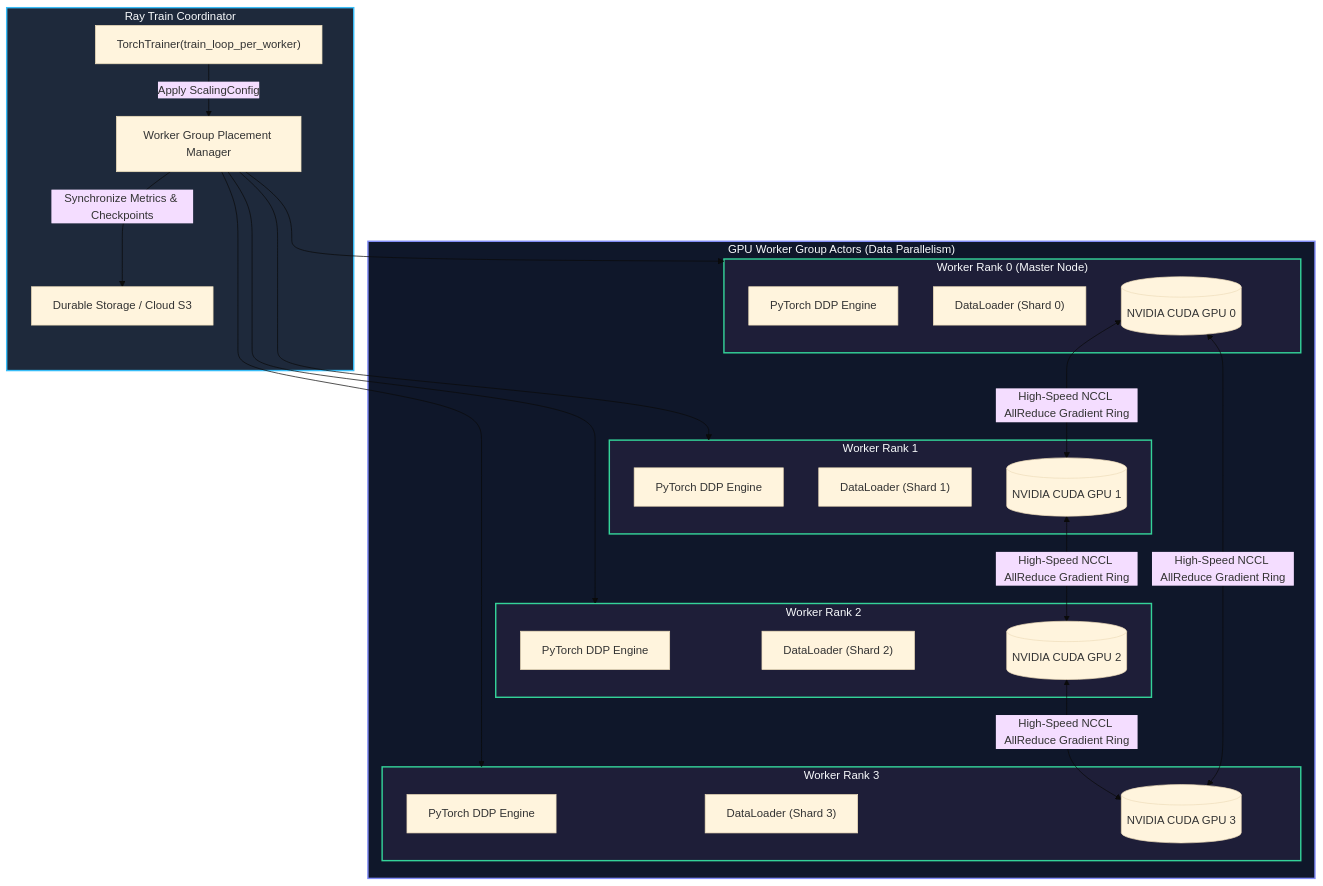
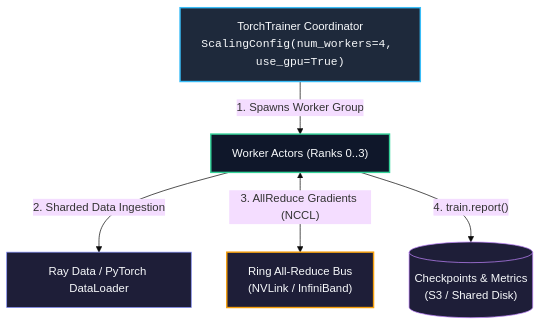
Before and after one commit to dnf0/raylings: the diagram in docs/guides/10-ray-train.md, drawn with Mermaid (base theme). The commit also changed other lines of this file and 22 other files, not shown here.

Commit message:
docs: streamline mermaid diagrams and attach conceptual walkthroughs (#26)

````diff
--- a/docs/guides/10-ray-train.md
+++ b/docs/guides/10-ray-train.md
@@ -17,50 +17,13 @@
 ```mermaid
 flowchart TD
-    subgraph ControlPlane["Ray Train Coordinator"]
-        TT["TorchTrainer(train_loop_per_worker)"] -->|"Apply ScalingConfig"| WG["Worker Group Placement Manager"]
-        WG -->|"Synchronize Metrics & Checkpoints"| Storage["Durable Storage / Cloud S3"]
-    end
+    TT["TorchTrainer Coordinator<br/><code>ScalingConfig(num_workers=4, use_gpu=True)</code>"] -->|"1. Spawns Worker Group"| WG["Worker Actors (Ranks 0..3)"]
+    WG -->|"2. Sharded Data Ingestion"| Data["Ray Data / PyTorch DataLoader"]
+    WG <-->|"3. AllReduce Gradients (NCCL)"| Ring["Ring All-Reduce Bus<br/>(NVLink / InfiniBand)"]
+    WG -->|"4. train.report()"| Storage[("Checkpoints & Metrics<br/>(S3 / Shared Disk)")]
 
-    subgraph GPUWorkerCluster["GPU Worker Group Actors (Data Parallelism)"]
-        subgraph Rank0["Worker Rank 0 (Master Node)"]
-            M0["PyTorch DDP Engine"]
-            D0["DataLoader (Shard 0)"]
-            GPU_0[("NVIDIA CUDA GPU 0")]
-        end
-
-        subgraph Rank1["Worker Rank 1"]
-            M1["PyTorch DDP Engine"]
-            D1["DataLoader (Shard 1)"]
-            GPU_1[("NVIDIA CUDA GPU 1")]
-        end
-
-        subgraph Rank2["Worker Rank 2"]
-            M2["PyTorch DDP Engine"]
-            D2["DataLoader (Shard 2)"]
-            GPU_2[("NVIDIA CUDA GPU 2")]
-        end
-
-        subgraph Rank3["Worker Rank 3"]
-            M3["PyTorch DDP Engine"]
-            D3["DataLoader (Shard 3)"]
-            GPU_3[("NVIDIA CUDA GPU 3")]
-        end
-
-        WG --> Rank0
-        WG --> Rank1
-        WG --> Rank2
-        WG --> Rank3
-
-        GPU_0 <-->|"High-Speed NCCL AllReduce Gradient Ring"| GPU_1
-        GPU_1 <-->|"High-Speed NCCL AllReduce Gradient Ring"| GPU_2
-        GPU_2 <-->|"High-Speed NCCL AllReduce Gradient Ring"| GPU_3
-        GPU_3 <-->|"High-Speed NCCL AllReduce Gradient Ring"| GPU_0
-    end
-
-    style ControlPlane fill:#1e293b,stroke:#38bdf8,stroke-width:2px,color:#f8fafc
-    style GPUWorkerCluster fill:#0f172a,stroke:#818cf8,stroke-width:2px,color:#f8fafc
-    style Rank0 fill:#1e1e38,stroke:#34d399,stroke-width:2px,color:#f8fafc
-    style Rank1 fill:#1e1e38,stroke:#34d399,stroke-width:2px,color:#f8fafc
-    style Rank2 fill:#1e1e38,stroke:#34d399,stroke-width:2px,color:#f8fafc
-    style Rank3 fill:#1e1e38,stroke:#34d399,stroke-width:2px,color:#f8fafc
+    style TT fill:#1e293b,stroke:#38bdf8,stroke-width:2px,color:#f8fafc
+    style WG fill:#0f172a,stroke:#34d399,stroke-width:2px,color:#f8fafc
+    style Data fill:#1e1e38,stroke:#818cf8,stroke-width:1px,color:#f8fafc
+    style Ring fill:#1e1e38,stroke:#f59e0b,stroke-width:2px,color:#f8fafc
+    style Storage fill:#1e1e38,stroke:#c084fc,stroke-width:1px,color:#f8fafc
 ```
````
